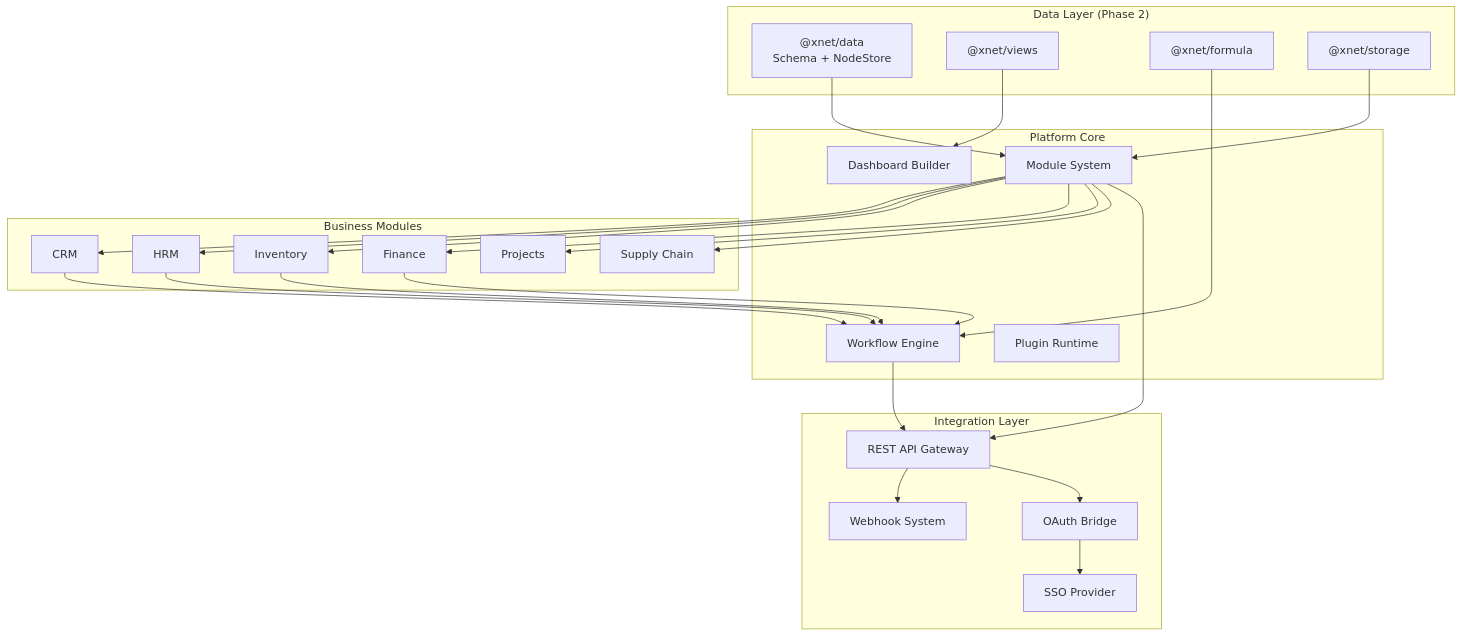
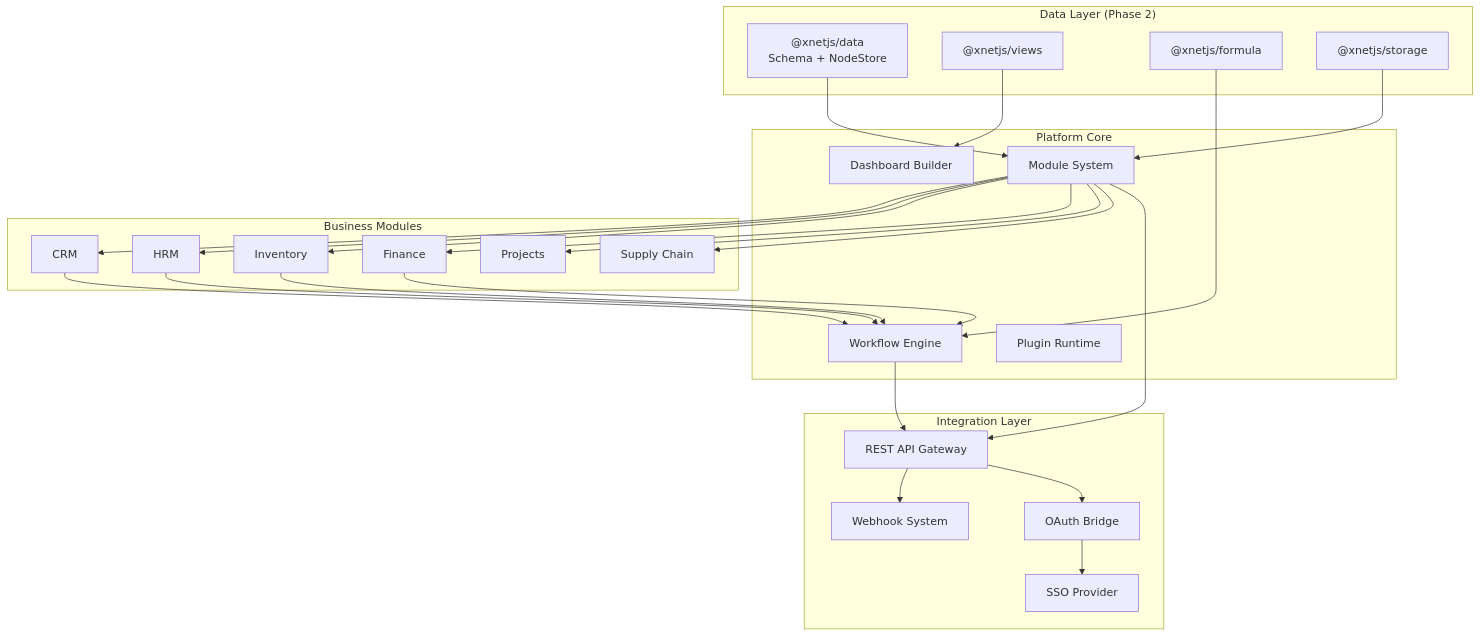
One commit to crs48/xNet changed the first of 5 diagrams in docs/plans/plan03ERP/00-overview.md. Above: the diagram before and after it, drawn with Mermaid. The commit also changed other lines of this file and 980 other files, not shown here.

````diff
--- a/docs/plans/plan03ERP/00-overview.md
+++ b/docs/plans/plan03ERP/00-overview.md
@@ -47,55 +47,55 @@
 ```mermaid
 flowchart TD
     subgraph "Platform Core"
         MODULES["Module System"]
         WORKFLOWS["Workflow Engine"]
         DASHBOARD["Dashboard Builder"]
         PLUGINS["Plugin Runtime"]
     end
 
     subgraph "Business Modules"
         CRM["CRM"]
         HRM["HRM"]
         INV["Inventory"]
         FIN["Finance"]
         PM["Projects"]
         SCM["Supply Chain"]
     end
 
     subgraph "Integration Layer"
         API["REST API Gateway"]
         WEBHOOKS["Webhook System"]
         OAUTH["OAuth Bridge"]
         SSO["SSO Provider"]
     end
 
     subgraph "Data Layer (Phase 2)"
-        DATA["@xnet/data<br/>Schema + NodeStore"]
-        VIEWS["@xnet/views"]
-        FORMULA["@xnet/formula"]
-        STORAGE["@xnet/storage"]
+        DATA["@xnetjs/data<br/>Schema + NodeStore"]
+        VIEWS["@xnetjs/views"]
+        FORMULA["@xnetjs/formula"]
+        STORAGE["@xnetjs/storage"]
     end
 
     DATA --> MODULES
     VIEWS --> DASHBOARD
     FORMULA --> WORKFLOWS
     STORAGE --> MODULES
 
     MODULES --> CRM
     MODULES --> HRM
     MODULES --> INV
     MODULES --> FIN
     MODULES --> PM
     MODULES --> SCM
 
     CRM --> WORKFLOWS
     HRM --> WORKFLOWS
     INV --> WORKFLOWS
     FIN --> WORKFLOWS
 
     WORKFLOWS --> API
     MODULES --> API
     API --> WEBHOOKS
     API --> OAUTH
     OAUTH --> SSO
 ```
````
